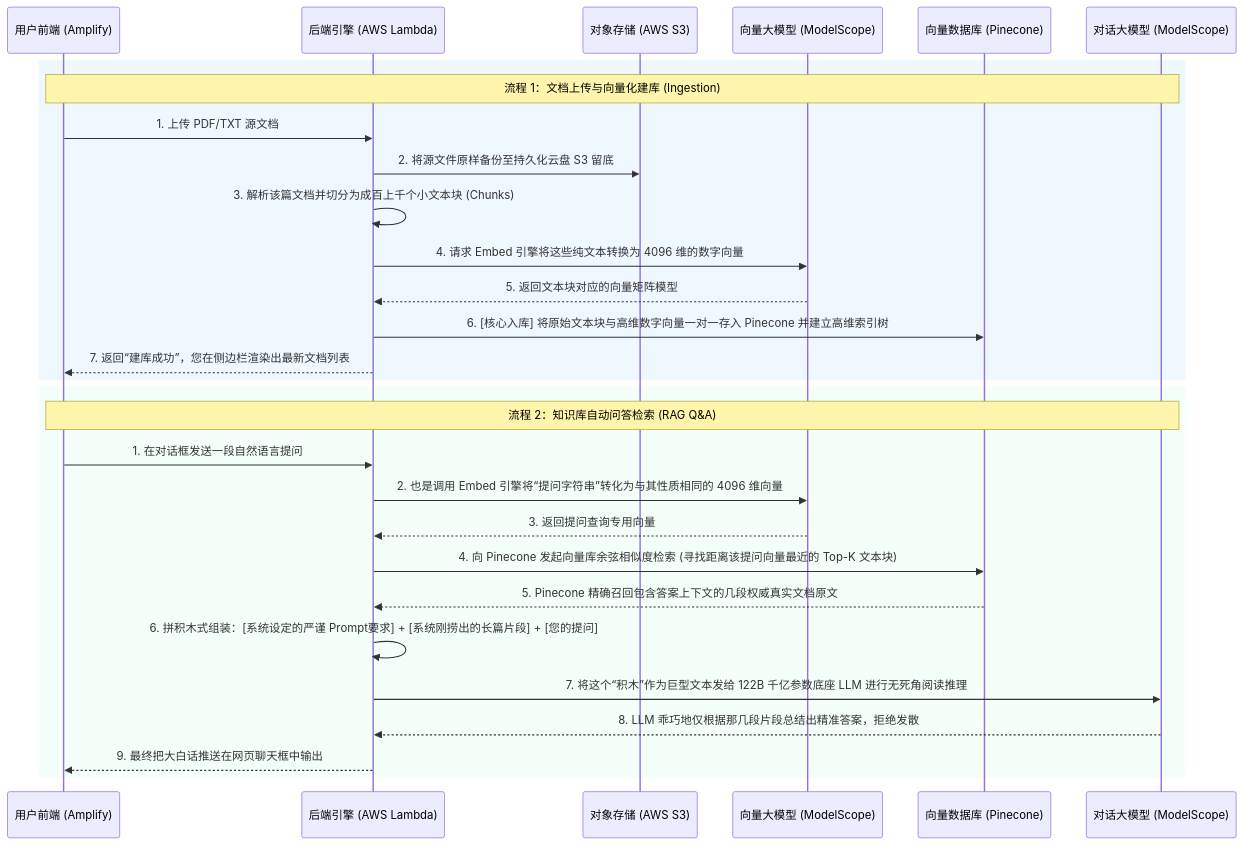
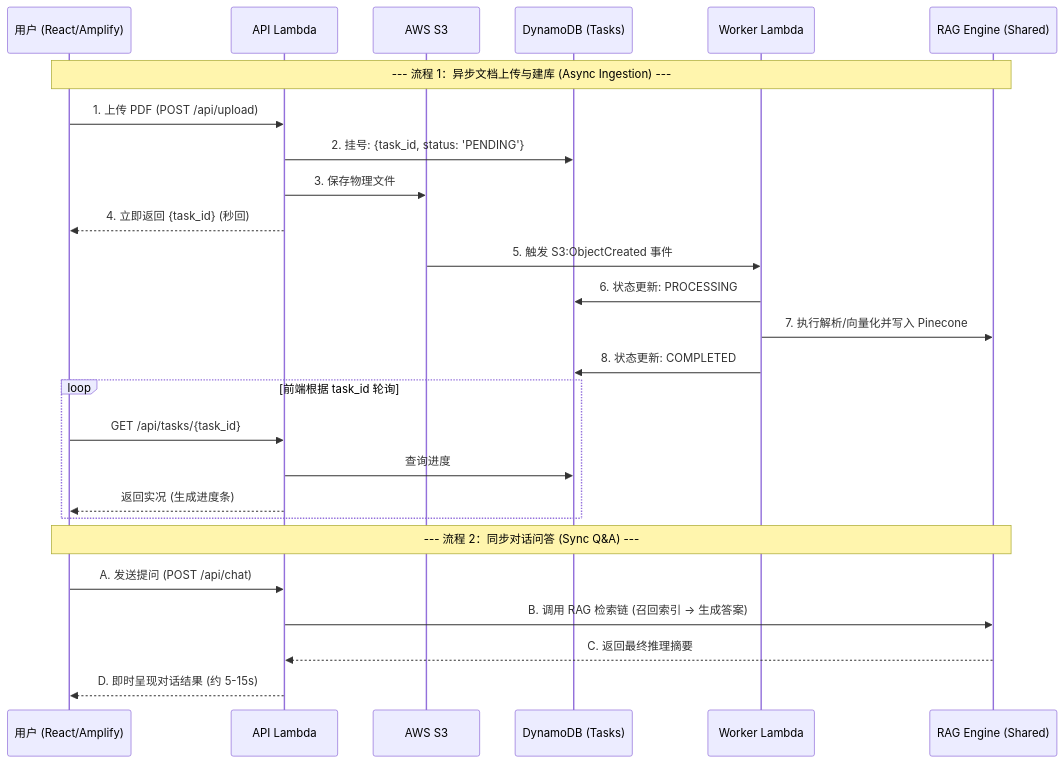
Before and after one commit to supermt1986/aws_notebooklm: the third of 5 diagrams in implementation_plan.md, drawn with Mermaid. The commit also changed other lines of this file and 1 other file, not shown here.

Commit message:
docs: synchronize all implementation plans with async architecture and fix Mermaid syntax

````diff
--- a/implementation_plan.md
+++ b/implementation_plan.md
@@ -118,33 +123,32 @@
 ```mermaid
 sequenceDiagram
-    participant User as 用户前端 (Amplify)
-    participant Lambda as 后端引擎 (AWS Lambda)
-    participant S3 as 对象存储 (AWS S3)
-    participant Embed as 向量大模型 (ModelScope)
-    participant VectorDB as 向量数据库 (Pinecone)
-    participant LLM as 对话大模型 (ModelScope)
+    participant U as 用户 (React/Amplify)
+    participant A as API Lambda
+    participant S as AWS S3
+    participant D as DynamoDB (Tasks)
+    participant W as Worker Lambda
+    participant R as RAG Engine (Shared)
 
-    rect rgb(240, 248, 255)
-        Note over User, LLM: 流程 1：文档上传与向量化建库 (Ingestion)
-        User->>Lambda: 1. 上传 PDF/TXT 源文档
-        Lambda->>S3: 2. 将源文件原样备份至持久化云盘 S3 留底
-        Lambda->>Lambda: 3. 解析该篇文档并切分为成百上千个小文本块 (Chunks)
-        Lambda->>Embed: 4. 请求 Embed 引擎将这些纯文本转换为 4096 维的数字向量
-        Embed-->>Lambda: 5. 返回文本块对应的向量矩阵模型
-        Lambda->>VectorDB: 6. [核心入库] 将原始文本块与高维数字向量一对一存入 Pinecone 并建立高维索引树
-        Lambda-->>User: 7. 返回“建库成功”，您在侧边栏渲染出最新文档列表
+    Note over U, R: --- 流程 1：异步文档上传与建库 (Async Ingestion) ---
+    U->>A: 1. 上传 PDF (POST /api/upload)
+    A->>D: 2. 挂号: {task_id, status: 'PENDING'}
+    A->>S: 3. 保存物理文件
+    A-->>U: 4. 立即返回 {task_id} (秒回)
+    
+    S->>W: 5. 触发 S3:ObjectCreated 事件
+    W->>D: 6. 状态更新: PROCESSING
+    W->>R: 7. 执行解析/向量化并写入 Pinecone
+    W->>D: 8. 状态更新: COMPLETED
+    
+    loop 前端根据 task_id 轮询
+        U->>A: GET /api/tasks/{task_id}
+        A->>D: 查询进度
+        A-->>U: 返回实况 (生成进度条)
     end
 
-    rect rgb(245, 255, 250)
-        Note over User, LLM: 流程 2：知识库自动问答检索 (RAG Q&A)
-        User->>Lambda: 1. 在对话框发送一段自然语言提问
-        Lambda->>Embed: 2. 也是调用 Embed 引擎将“提问字符串”转化为与其性质相同的 4096 维向量
-        Embed-->>Lambda: 3. 返回提问查询专用向量
-        Lambda->>VectorDB: 4. 向 Pinecone 发起向量库余弦相似度检索 (寻找距离该提问向量最近的 Top-K 文本块)
-        VectorDB-->>Lambda: 5. Pinecone 精确召回包含答案上下文的几段权威真实文档原文
-        Lambda->>Lambda: 6. 拼积木式组装：[系统设定的严谨 Prompt要求] + [系统刚捞出的长篇片段] + [您的提问]
-        Lambda->>LLM: 7. 将这个“积木”作为巨型文本发给 122B 千亿参数底座 LLM 进行无死角阅读推理
-        LLM-->>Lambda: 8. LLM 乖巧地仅根据那几段片段总结出精准答案，拒绝发散
-        Lambda-->>User: 9. 最终把大白话推送在网页聊天框中输出
-    end
+    Note over U, R: --- 流程 2：同步对话问答 (Sync Q&A) ---
+    U->>A: A. 发送提问 (POST /api/chat)
+    A->>R: B. 调用 RAG 检索链 (召回索引 -> 生成答案)
+    R-->>A: C. 返回最终推理摘要
+    A-->>U: D. 即时呈现对话结果 (约 5-15s)
 ```
````
